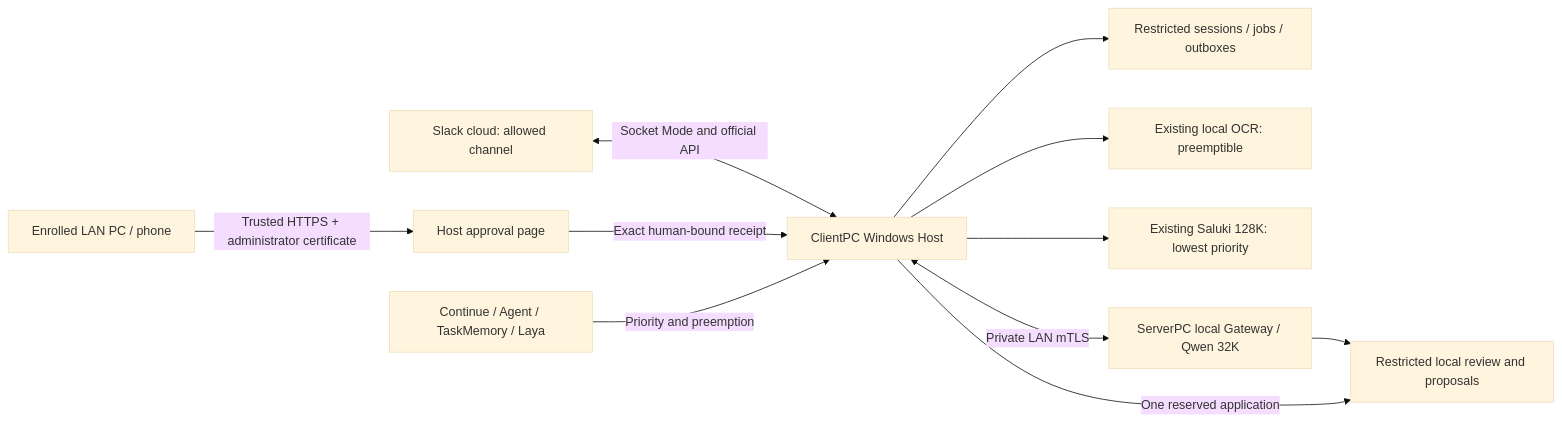
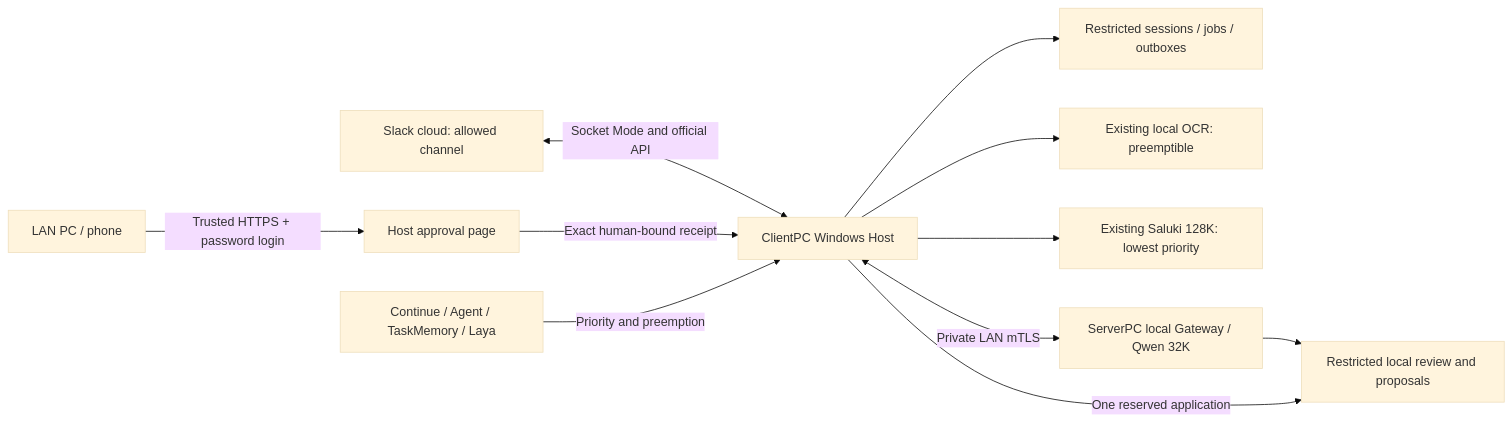
One commit to ishikawa-moto/LocalLLM_Client changed the diagram in SLACK_CONNECT.md. Above: the diagram before and after it, drawn with Mermaid (base theme). The commit also changed other lines of this file and 16 other files, not shown here.

````diff
--- a/SLACK_CONNECT.md
+++ b/SLACK_CONNECT.md
@@ -13,13 +13,13 @@
 ```mermaid
 flowchart LR
   Slack[Slack cloud: allowed channel] <-->|Socket Mode and official API| Host[ClientPC Windows Host]
   Host --> Store[Restricted sessions / jobs / outboxes]
   Host --> OCR[Existing local OCR: preemptible]
   Host --> Memory[Existing Saluki 128K: lowest priority]
   Host <-->|Private LAN mTLS| Gateway[ServerPC local Gateway / Qwen 32K]
   Gateway --> Proposals[Restricted local review and proposals]
-  Browser[Enrolled LAN PC / phone] -->|Trusted HTTPS + administrator certificate| Approval[Host approval page]
+  Browser[LAN PC / phone] -->|Trusted HTTPS + password login| Approval[Host approval page]
   Approval -->|Exact human-bound receipt| Host
   Host -->|One reserved application| Proposals
   Foreground[Continue / Agent / TaskMemory / Laya] -->|Priority and preemption| Host
 ```
````
